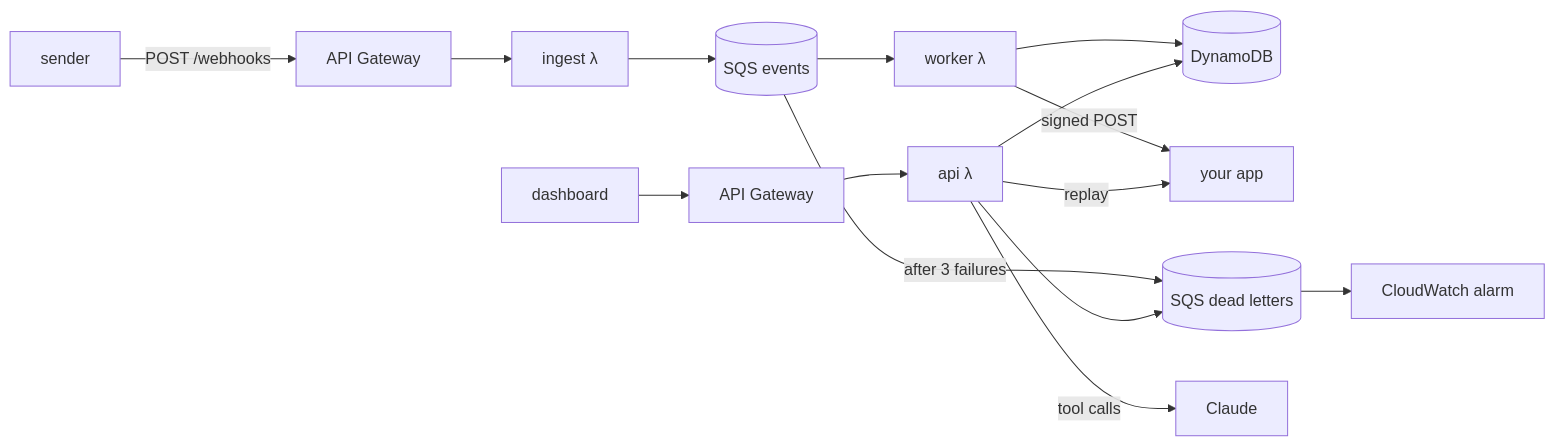
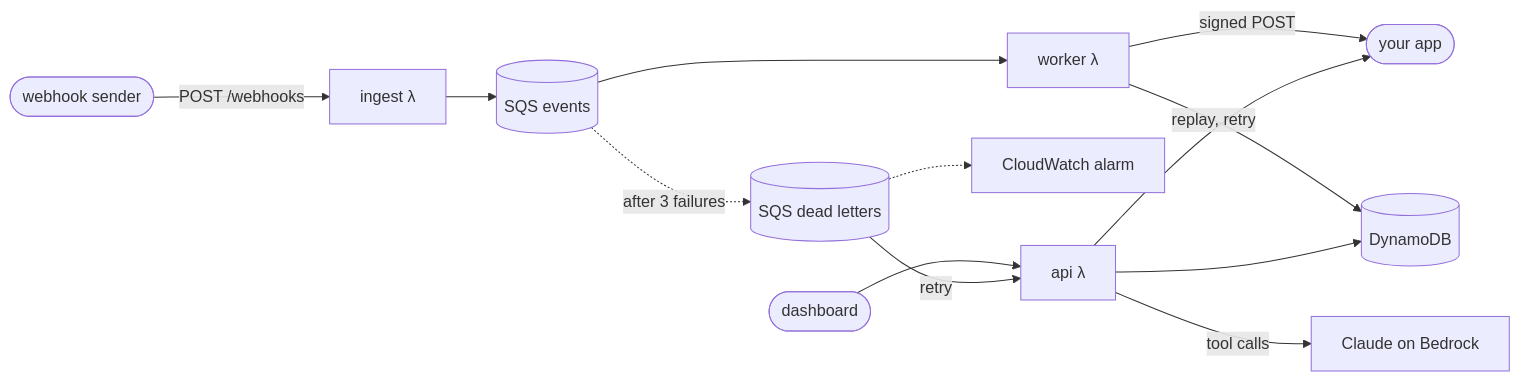
The diagram in README.md (NathanYearout/tailhook), drawn with Mermaid before and after one commit. The commit also changed other lines of this file and 4 other files, not shown here.

````diff
--- a/README.md
+++ b/README.md
@@ -15,16 +49,16 @@
 ```mermaid
 flowchart LR
-    S[sender] -- POST /webhooks --> G1[API Gateway]
-    G1 --> I[ingest λ]
-    I --> Q[(SQS events)]
-    Q --> W[worker λ]
-    W --> D[(DynamoDB)]
-    W -- signed POST --> A[your app]
-    Q -- after 3 failures --> DLQ[(SQS dead letters)]
-    DLQ --> AL[CloudWatch alarm]
-    B[dashboard] --> G2[API Gateway] --> P[api λ]
-    P --> D
-    P --> DLQ
-    P -- replay --> A
-    P -- tool calls --> C[Claude]
+    sender([webhook sender]) -- "POST /webhooks" --> ingest[ingest λ]
+    ingest --> events[(SQS events)]
+    events --> worker[worker λ]
+    worker -- "signed POST" --> app([your app])
+    worker --> table[(DynamoDB)]
+    events -. "after 3 failures" .-> dlq[(SQS dead letters)]
+    dlq -.-> alarm[CloudWatch alarm]
+
+    browser([dashboard]) --> api[api λ]
+    dlq -- "retry" --> api
+    api -- "replay, retry" --> app
+    api --> table
+    api -- "tool calls" --> claude[Claude on Bedrock]
 ```
````
